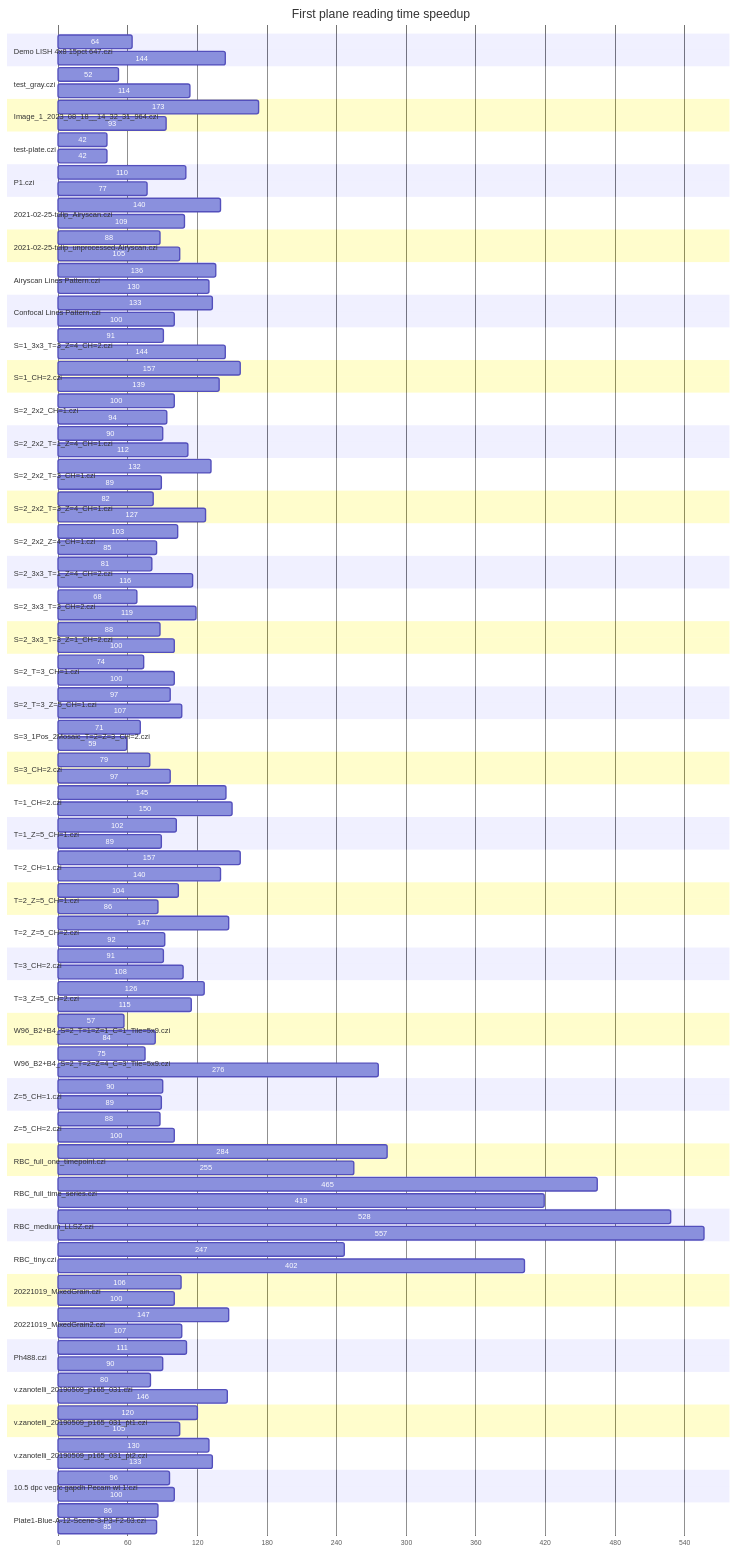
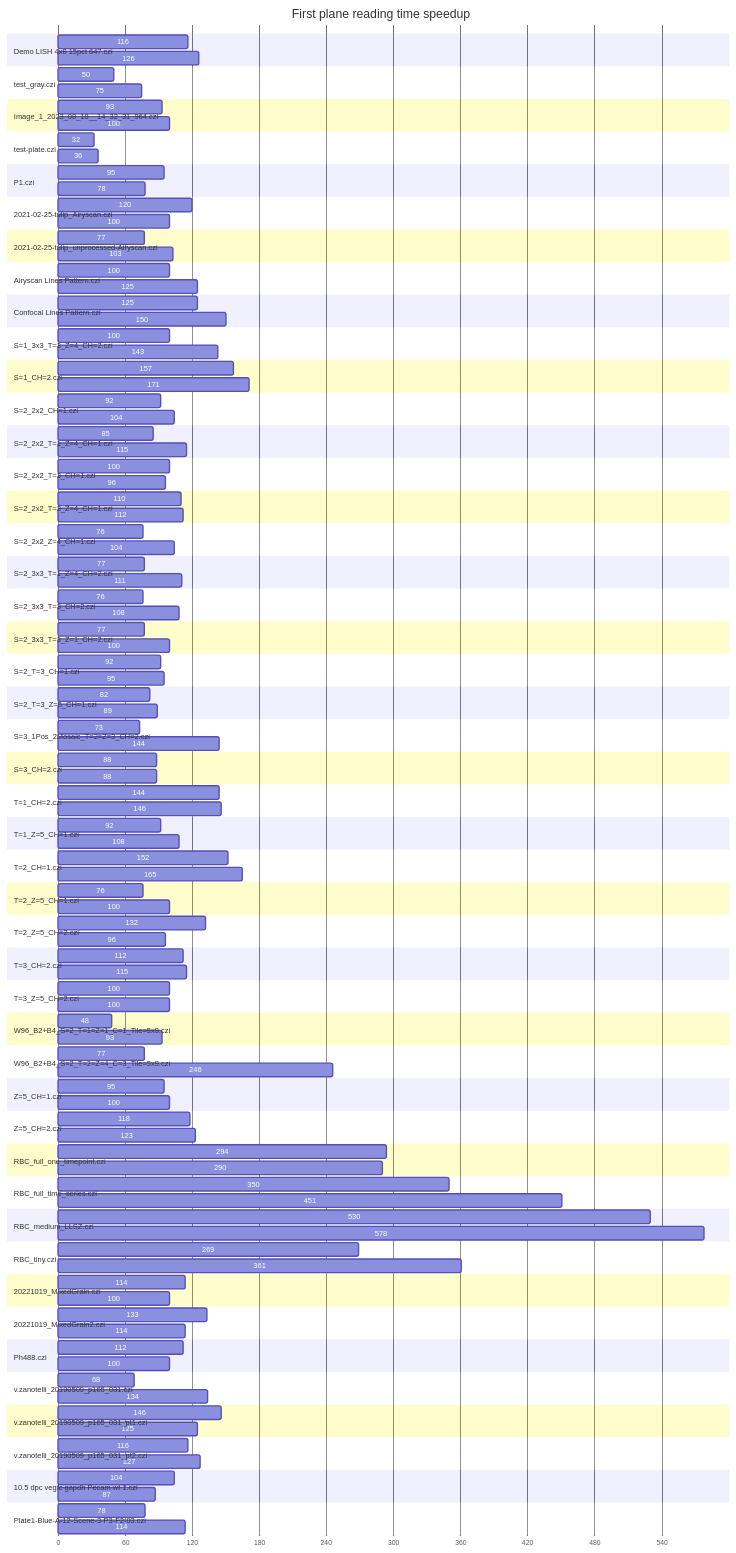
Before and after one commit to BIOP/quick-start-czi-reader: the fourth of 4 diagrams in comparison_summary_chart.md, drawn with Mermaid. The commit also changed other lines of this file and 96 other files, not shown here.

````diff
--- a/comparison_summary_chart.md
+++ b/comparison_summary_chart.md
@@ -582,187 +582,187 @@
             axisFormat %s
 
             section Demo LISH 4x8 15pct 647.czi
-            64   : 0, 64
+            116   : 0, 116
             section Demo LISH 4x8 15pct 647.czi
-            144   : 0, 144
+            126   : 0, 126
             section test_gray.czi
-            52   : 0, 52
+            50   : 0, 50
             section test_gray.czi
-            114   : 0, 114
-            section Image_1_2023_08_18__14_32_31_964.czi
-            173   : 0, 173
+            75   : 0, 75
             section Image_1_2023_08_18__14_32_31_964.czi
             93   : 0, 93
+            section Image_1_2023_08_18__14_32_31_964.czi
+            100   : 0, 100
             section test-plate.czi
-            42   : 0, 42
+            32   : 0, 32
             section test-plate.czi
-            42   : 0, 42
+            36   : 0, 36
             section P1.czi
-            110   : 0, 110
+            95   : 0, 95
             section P1.czi
+            78   : 0, 78
+            section 2021-02-25-tulip_Airyscan.czi
+            120   : 0, 120
+            section 2021-02-25-tulip_Airyscan.czi
+            100   : 0, 100
+            section 2021-02-25-tulip_unprocessed-Airyscan.czi
             77   : 0, 77
-            section 2021-02-25-tulip_Airyscan.czi
-            140   : 0, 140
-            section 2021-02-25-tulip_Airyscan.czi
-            109   : 0, 109
             section 2021-02-25-tulip_unprocessed-Airyscan.czi
-            88   : 0, 88
-            section 2021-02-25-tulip_unprocessed-Airyscan.czi
-            105   : 0, 105
+            103   : 0, 103
             section Airyscan Lines Pattern.czi
-            136   : 0, 136
+            100   : 0, 100
             section Airyscan Lines Pattern.czi
-            130   : 0, 130
+            125   : 0, 125
             section Confocal Lines Pattern.czi
-            133   : 0, 133
+            125   : 0, 125
             section Confocal Lines Pattern.czi
+            150   : 0, 150
+            section S=1_3x3_T=3_Z=4_CH=2.czi
             100   : 0, 100
             section S=1_3x3_T=3_Z=4_CH=2.czi
-            91   : 0, 91
-            section S=1_3x3_T=3_Z=4_CH=2.czi
-            144   : 0, 144
+            143   : 0, 143
             section S=1_CH=2.czi
             157   : 0, 157
             section S=1_CH=2.czi
-            139   : 0, 139
+            171   : 0, 171
             section S=2_2x2_CH=1.czi
+            92   : 0, 92
+            section S=2_2x2_CH=1.czi
+            104   : 0, 104
+            section S=2_2x2_T=1_Z=4_CH=1.czi
+            85   : 0, 85
+            section S=2_2x2_T=1_Z=4_CH=1.czi
+            115   : 0, 115
+            section S=2_2x2_T=3_CH=1.czi
             100   : 0, 100
-            section S=2_2x2_CH=1.czi
-            94   : 0, 94
-            section S=2_2x2_T=1_Z=4_CH=1.czi
-            90   : 0, 90
-            section S=2_2x2_T=1_Z=4_CH=1.czi
+            section S=2_2x2_T=3_CH=1.czi
+            96   : 0, 96
+            section S=2_2x2_T=3_Z=4_CH=1.czi
+            110   : 0, 110
+            section S=2_2x2_T=3_Z=4_CH=1.czi
             112   : 0, 112
-            section S=2_2x2_T=3_CH=1.czi
-            132   : 0, 132
-            section S=2_2x2_T=3_CH=1.czi
-            89   : 0, 89
-            section S=2_2x2_T=3_Z=4_CH=1.czi
-            82   : 0, 82
-            section S=2_2x2_T=3_Z=4_CH=1.czi
-            127   : 0, 127
             section S=2_2x2_Z=4_CH=1.czi
-            103   : 0, 103
+            76   : 0, 76
             section S=2_2x2_Z=4_CH=1.czi
-            85   : 0, 85
+            104   : 0, 104
             section S=2_3x3_T=1_Z=4_CH=2.czi
-            81   : 0, 81
+            77   : 0, 77
             section S=2_3x3_T=1_Z=4_CH=2.czi
-            116   : 0, 116
+            111   : 0, 111
             section S=2_3x3_T=3_CH=2.czi
-            68   : 0, 68
+            76   : 0, 76
             section S=2_3x3_T=3_CH=2.czi
-            119   : 0, 119
+            108   : 0, 108
             section S=2_3x3_T=3_Z=1_CH=2.czi
-            88   : 0, 88
+            77   : 0, 77
             section S=2_3x3_T=3_Z=1_CH=2.czi
             100   : 0, 100
             section S=2_T=3_CH=1.czi
-            74   : 0, 74
+            92   : 0, 92
             section S=2_T=3_CH=1.czi
+            95   : 0, 95
+            section S=2_T=3_Z=5_CH=1.czi
+            82   : 0, 82
+            section S=2_T=3_Z=5_CH=1.czi
+            89   : 0, 89
+            section S=3_1Pos_2Mosaic_T=2=Z=3_CH=2.czi
+            73   : 0, 73
+            section S=3_1Pos_2Mosaic_T=2=Z=3_CH=2.czi
+            144   : 0, 144
+            section S=3_CH=2.czi
+            88   : 0, 88
+            section S=3_CH=2.czi
+            88   : 0, 88
+            section T=1_CH=2.czi
+            144   : 0, 144
+            section T=1_CH=2.czi
+            146   : 0, 146
+            section T=1_Z=5_CH=1.czi
+            92   : 0, 92
+            section T=1_Z=5_CH=1.czi
+            108   : 0, 108
+            section T=2_CH=1.czi
+            152   : 0, 152
+            section T=2_CH=1.czi
+            165   : 0, 165
+            section T=2_Z=5_CH=1.czi
+            76   : 0, 76
+            section T=2_Z=5_CH=1.czi
             100   : 0, 100
-            section S=2_T=3_Z=5_CH=1.czi
-            97   : 0, 97
-            section S=2_T=3_Z=5_CH=1.czi
-            107   : 0, 107
-            section S=3_1Pos_2Mosaic_T=2=Z=3_CH=2.czi
-            71   : 0, 71
-            section S=3_1Pos_2Mosaic_T=2=Z=3_CH=2.czi
-            59   : 0, 59
-            section S=3_CH=2.czi
-            79   : 0, 79
-            section S=3_CH=2.czi
-            97   : 0, 97
-            section T=1_CH=2.czi
-            145   : 0, 145
-            section T=1_CH=2.czi
-            150   : 0, 150
-            section T=1_Z=5_CH=1.czi
-            102   : 0, 102
-            section T=1_Z=5_CH=1.czi
-            89   : 0, 89
-            section T=2_CH=1.czi
-            157   : 0, 157
-            section T=2_CH=1.czi
-            140   : 0, 140
-            section T=2_Z=5_CH=1.czi
-            104   : 0, 104
-            section T=2_Z=5_CH=1.czi
-            86   : 0, 86
             section T=2_Z=5_CH=2.czi
-            147   : 0, 147
+            132   : 0, 132
             section T=2_Z=5_CH=2.czi
-            92   : 0, 92
+            96   : 0, 96
             section T=3_CH=2.czi
-            91   : 0, 91
+            112   : 0, 112
             section T=3_CH=2.czi
-            108   : 0, 108
+            115   : 0, 115
             section T=3_Z=5_CH=2.czi
-            126   : 0, 126
+            100   : 0, 100
             section T=3_Z=5_CH=2.czi
-            115   : 0, 115
+            100   : 0, 100
             section W96_B2+B4_S=2_T=1=Z=1_C=1_Tile=5x9.czi
-            57   : 0, 57
+            48   : 0, 48
             section W96_B2+B4_S=2_T=1=Z=1_C=1_Tile=5x9.czi
-            84   : 0, 84
+            93   : 0, 93
             section W96_B2+B4_S=2_T=2=Z=4_C=3_Tile=5x9.czi
-            75   : 0, 75
+            77   : 0, 77
             section W96_B2+B4_S=2_T=2=Z=4_C=3_Tile=5x9.czi
-            276   : 0, 276
+            246   : 0, 246
             section Z=5_CH=1.czi
-            90   : 0, 90
+            95   : 0, 95
             section Z=5_CH=1.czi
-            89   : 0, 89
+            100   : 0, 100
             section Z=5_CH=2.czi
-            88   : 0, 88
+            118   : 0, 118
             section Z=5_CH=2.czi
-            100   : 0, 100
+            123   : 0, 123
             section RBC_full_one_timepoint.czi
-            284   : 0, 284
+            294   : 0, 294
             section RBC_full_one_timepoint.czi
-            255   : 0, 255
+            290   : 0, 290
             section RBC_full_time_series.czi
-            465   : 0, 465
+            350   : 0, 350
             section RBC_full_time_series.czi
-            419   : 0, 419
+            451   : 0, 451
             section RBC_medium_LLSZ.czi
-            528   : 0, 528
+            530   : 0, 530
             section RBC_medium_LLSZ.czi
-            557   : 0, 557
+            578   : 0, 578
             section RBC_tiny.czi
-            247   : 0, 247
+            269   : 0, 269
             section RBC_tiny.czi
-            402   : 0, 402
+            361   : 0, 361
             section 20221019_MixedGrain.czi
-            106   : 0, 106
+            114   : 0, 114
             section 20221019_MixedGrain.czi
             100   : 0, 100
             section 20221019_MixedGrain2.czi
-            147   : 0, 147
+            133   : 0, 133
             section 20221019_MixedGrain2.czi
-            107   : 0, 107
+            114   : 0, 114
             section Ph488.czi
-            111   : 0, 111
+            112   : 0, 112
             section Ph488.czi
-            90   : 0, 90
+            100   : 0, 100
             section v.zanotelli_20190509_p165_031.czi
-            80   : 0, 80
+            68   : 0, 68
             section v.zanotelli_20190509_p165_031.czi
+            134   : 0, 134
+            section v.zanotelli_20190509_p165_031_pt1.czi
             146   : 0, 146
             section v.zanotelli_20190509_p165_031_pt1.czi
-            120   : 0, 120
-            section v.zanotelli_20190509_p165_031_pt1.czi
-            105   : 0, 105
+            125   : 0, 125
             section v.zanotelli_20190509_p165_031_pt2.czi
-            130   : 0, 130
+            116   : 0, 116
             section v.zanotelli_20190509_p165_031_pt2.czi
-            133   : 0, 133
+            127   : 0, 127
             section 10.5 dpc vegfc gapdh Pecam wt 1.czi
-            96   : 0, 96
+            104   : 0, 104
             section 10.5 dpc vegfc gapdh Pecam wt 1.czi
-            100   : 0, 100
+            87   : 0, 87
             section Plate1-Blue-A-12-Scene-3-P3-F2-03.czi
-            86   : 0, 86
+            78   : 0, 78
             section Plate1-Blue-A-12-Scene-3-P3-F2-03.czi
-            85   : 0, 85
+            114   : 0, 114
 ```
````
